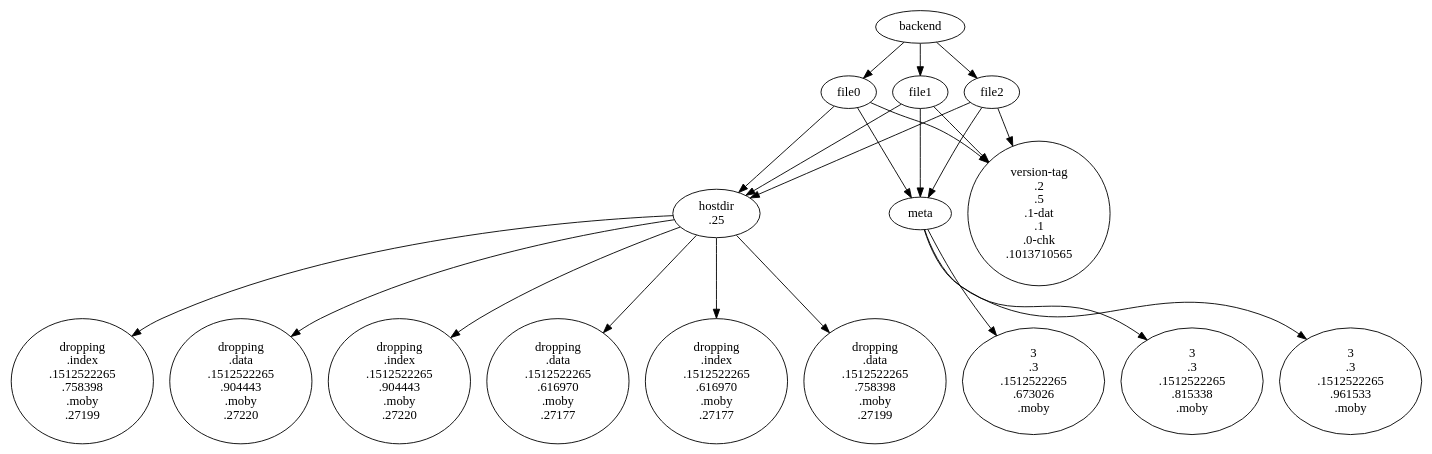
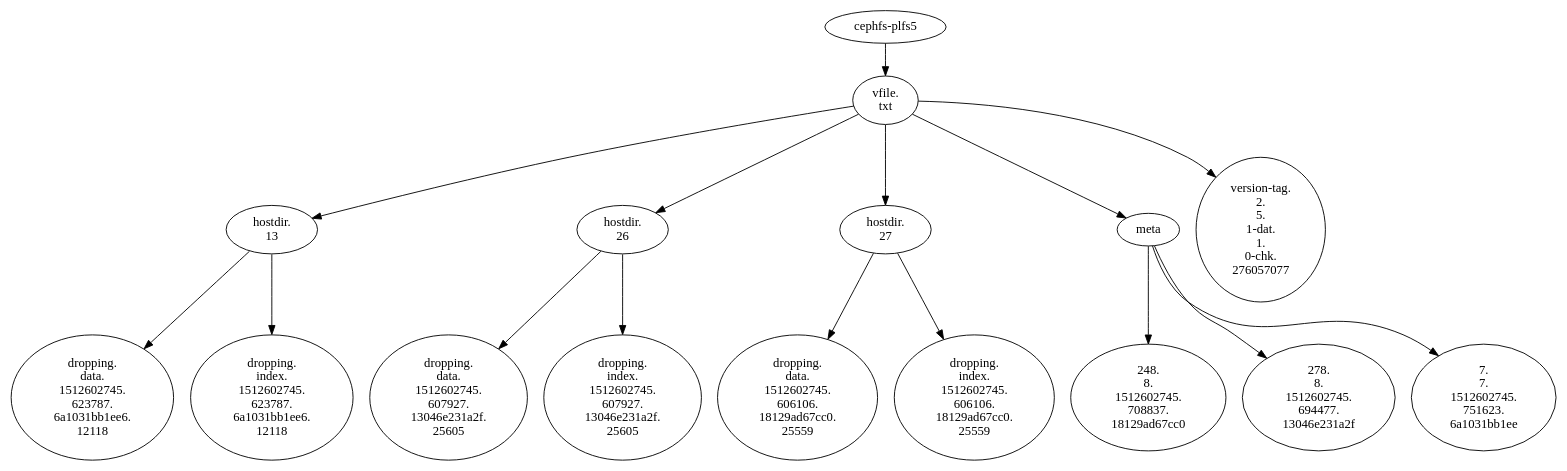
One commit to michaelsevilla/paulocto-popper changed the diagram in experiments/vizdirs/tree.dot. Above: the diagram before and after it, drawn with Graphviz. The commit also changed 5 other files, not shown here.

```diff
--- a/experiments/vizdirs/tree.dot
+++ b/experiments/vizdirs/tree.dot
@@ -1,92 +1,16 @@
-digraph G {
-  "backend" -> "file0";
-  "backend" -> "file1";
-  "backend" -> "file2";
-  "file0" -> "hostdir
-.25";
-  "file0" -> "meta";
-  "file0" -> "version-tag
-.2
-.5
-.1-dat
-.1
-.0-chk
-.1013710565";
-  "hostdir
-.25" -> "dropping
-.data
-.1512522265
-.616970
-.moby
-.27177";
-  "hostdir
-.25" -> "dropping
-.index
-.1512522265
-.616970
-.moby
-.27177";
-  "meta" -> "3
-.3
-.1512522265
-.673026
-.moby";
-  "file1" -> "hostdir
-.25";
-  "file1" -> "meta";
-  "file1" -> "version-tag
-.2
-.5
-.1-dat
-.1
-.0-chk
-.1013710565";
-  "hostdir
-.25" -> "dropping
-.data
-.1512522265
-.758398
-.moby
-.27199";
-  "hostdir
-.25" -> "dropping
-.index
-.1512522265
-.758398
-.moby
-.27199";
-  "meta" -> "3
-.3
-.1512522265
-.815338
-.moby";
-  "file2" -> "hostdir
-.25";
-  "file2" -> "meta";
-  "file2" -> "version-tag
-.2
-.5
-.1-dat
-.1
-.0-chk
-.1013710565";
-  "hostdir
-.25" -> "dropping
-.data
-.1512522265
-.904443
-.moby
-.27220";
-  "hostdir
-.25" -> "dropping
-.index
-.1512522265
-.904443
-.moby
-.27220";
-  "meta" -> "3
-.3
-.1512522265
-.961533
-.moby";
+digraph G {"cephfs-plfs5" -> "vfile.\ntxt";
+"vfile.\ntxt" -> "hostdir.\n13";
+"vfile.\ntxt" -> "hostdir.\n26";
+"vfile.\ntxt" -> "hostdir.\n27";
+"vfile.\ntxt" -> "meta";
+"vfile.\ntxt" -> "version-tag.\n2.\n5.\n1-dat.\n1.\n0-chk.\n276057077";
+"hostdir.\n13" -> "dropping.\ndata.\n1512602745.\n623787.\n6a1031bb1ee6.\n12118";
+"hostdir.\n13" -> "dropping.\nindex.\n1512602745.\n623787.\n6a1031bb1ee6.\n12118";
+"hostdir.\n26" -> "dropping.\ndata.\n1512602745.\n607927.\n13046e231a2f.\n25605";
+"hostdir.\n26" -> "dropping.\nindex.\n1512602745.\n607927.\n13046e231a2f.\n25605";
+"hostdir.\n27" -> "dropping.\ndata.\n1512602745.\n606106.\n18129ad67cc0.\n25559";
+"hostdir.\n27" -> "dropping.\nindex.\n1512602745.\n606106.\n18129ad67cc0.\n25559";
+"meta" -> "248.\n8.\n1512602745.\n708837.\n18129ad67cc0";
+"meta" -> "278.\n8.\n1512602745.\n694477.\n13046e231a2f";
+"meta" -> "7.\n7.\n1512602745.\n751623.\n6a1031bb1ee";
 }
```
